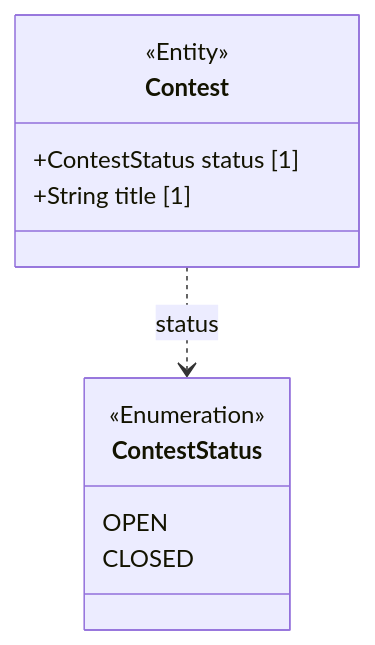
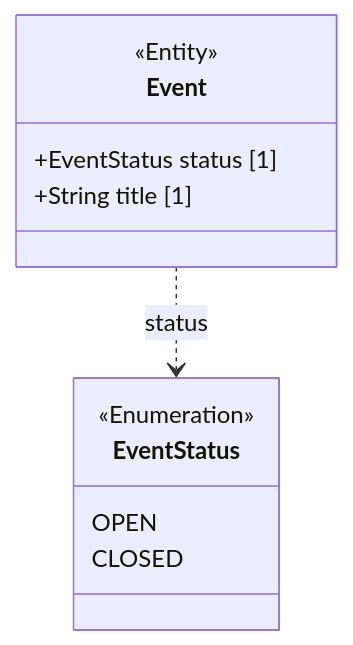
One commit to BlackBeltTechnology/judo-blueprint changed the diagram in catalog/model-blueprints/open-close-status-toggle/model.md. Above: the diagram before and after it, drawn with Mermaid. The commit also changed other lines of this file and 538 other files, not shown here.

````diff
--- a/catalog/model-blueprints/open-close-status-toggle/model.md
+++ b/catalog/model-blueprints/open-close-status-toggle/model.md
@@ -14,14 +14,14 @@
 ```mermaid
 classDiagram
-  class Contest {
+  class Event {
     <<Entity>>
-    +ContestStatus status [1]
+    +EventStatus status [1]
     +String title [1]
   }
-  class ContestStatus {
+  class EventStatus {
     <<Enumeration>>
     OPEN
     CLOSED
   }
-  Contest ..> ContestStatus : status
+  Event ..> EventStatus : status
 ```
````
